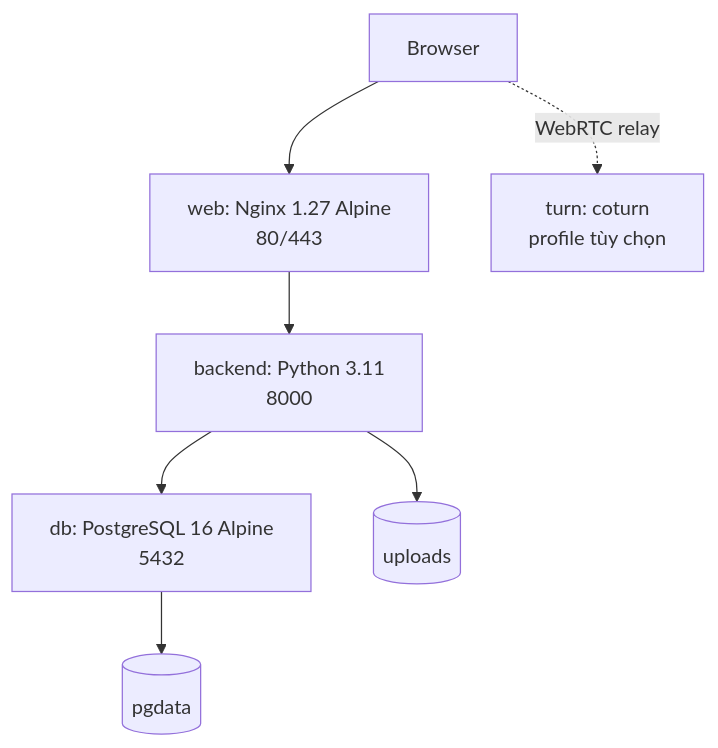
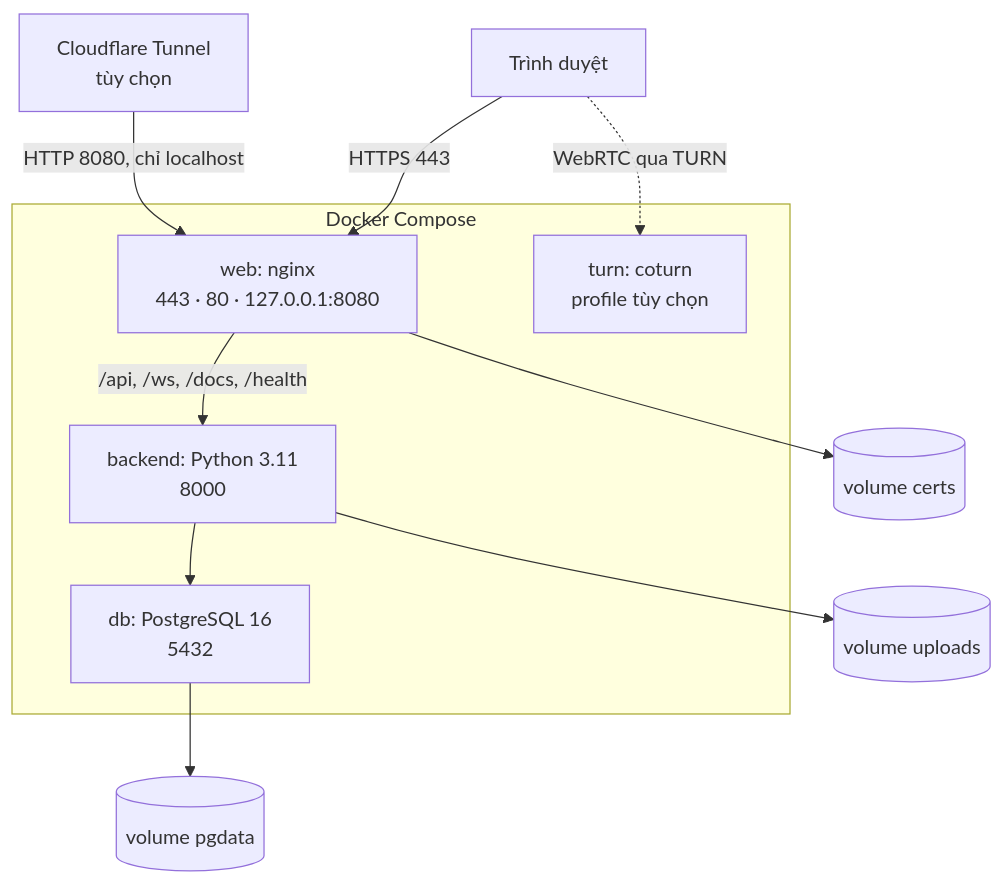
The diagram in docs/12-deployment.md (Dungx1107/team-chat), drawn with Mermaid before and after one commit. The commit also changed other lines of this file and 16 other files, not shown here.

````diff
--- a/docs/12-deployment.md
+++ b/docs/12-deployment.md
@@ -5,16 +8,22 @@
 ```mermaid
 flowchart TB
-    Client[Browser]
-    Web[web: Nginx 1.27 Alpine\n80/443]
-    Backend[backend: Python 3.11\n8000]
-    DB[db: PostgreSQL 16 Alpine\n5432]
-    Uploads[(uploads)]
-    Pgdata[(pgdata)]
-    Turn[turn: coturn\nprofile tùy chọn]
-    Client --> Web
-    Web --> Backend
+    Client[Trình duyệt]
+    Tunnel[Cloudflare Tunnel<br/>tùy chọn]
+    subgraph Docker Compose
+        Web[web: nginx<br/>443 · 80 · 127.0.0.1:8080]
+        Backend[backend: Python 3.11<br/>8000]
+        DB[db: PostgreSQL 16<br/>5432]
+        Turn[turn: coturn<br/>profile tùy chọn]
+    end
+    Uploads[(volume uploads)]
+    Pgdata[(volume pgdata)]
+    Certs[(volume certs)]
+    Client -->|HTTPS 443| Web
+    Tunnel -->|HTTP 8080, chỉ localhost| Web
+    Web -->|/api, /ws, /docs, /health| Backend
     Backend --> DB
     Backend --> Uploads
     DB --> Pgdata
-    Client -. WebRTC relay .-> Turn
+    Web --> Certs
+    Client -. WebRTC qua TURN .-> Turn
 ```
````
